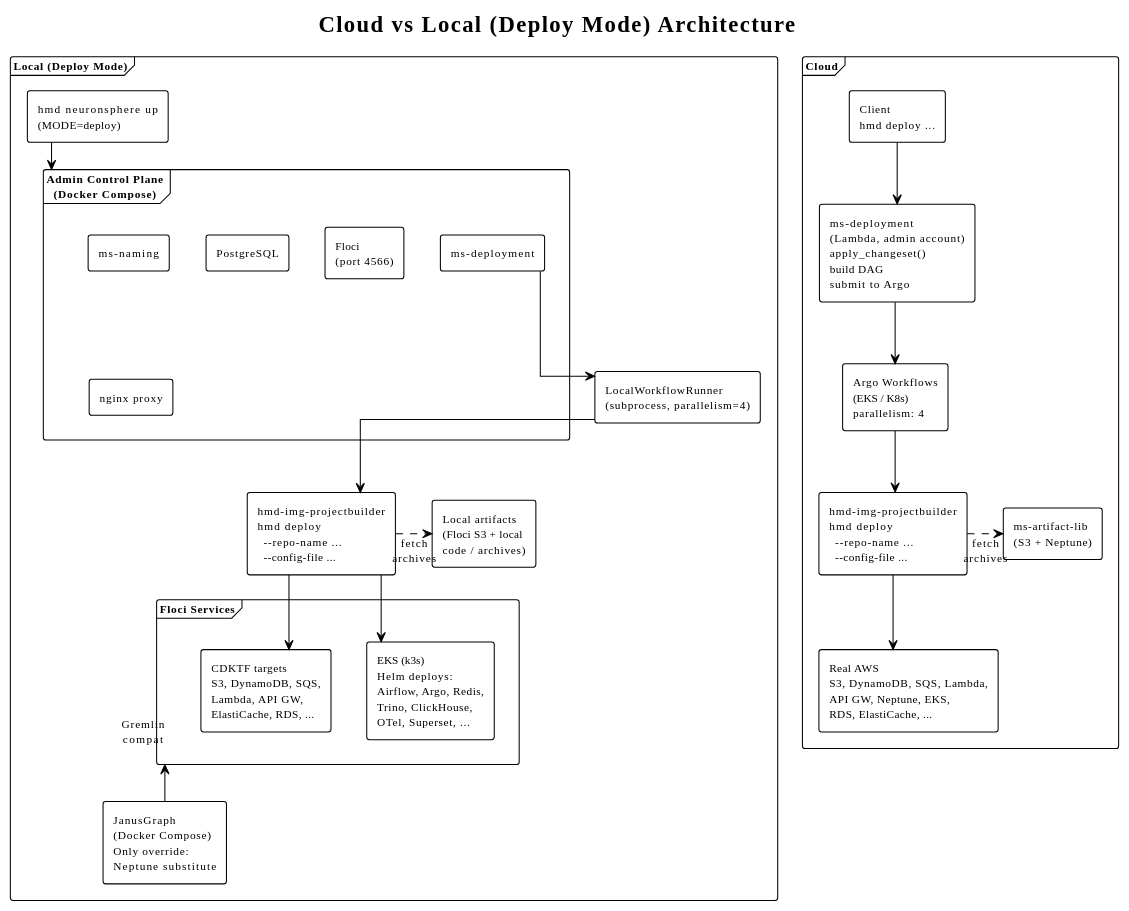
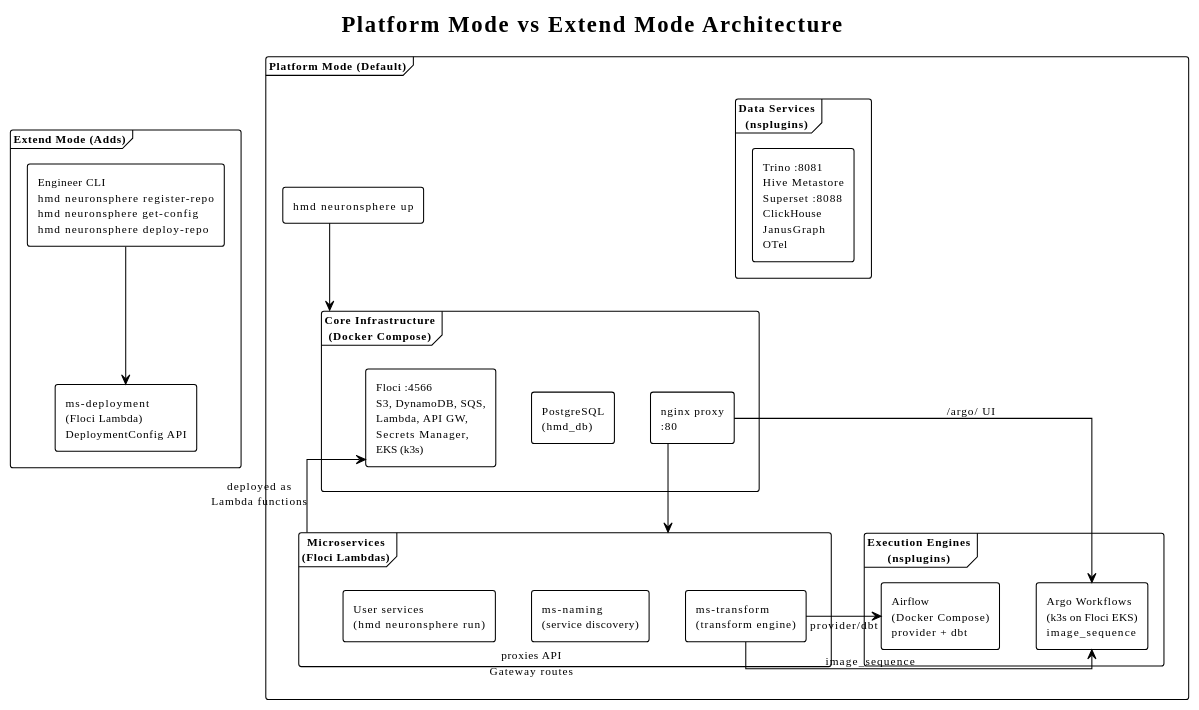
The diagram in docs/proposals/NERD001_Floci_Local_Architecture.rst (NeuronSphere/hmd-cli-neuronsphere), drawn with PlantUML before and after one commit. The commit also changed other lines of this file and 40 other files, not shown here.

First line of the commit message:
feat: Add Argo plugin and extend mode tests

```diff
--- a/docs/proposals/NERD001_Floci_Local_Architecture.rst
+++ b/docs/proposals/NERD001_Floci_Local_Architecture.rst
@@ -129,62 +169,53 @@
 .. uml::
 
     @startuml
     !theme plain
     skinparam componentStyle rectangle
     skinparam defaultFontSize 11
     skinparam packageStyle frame
     skinparam linetype ortho
 
-    title Cloud vs Local (Deploy Mode) Architecture
+    title Platform Mode vs Extend Mode Architecture
 
     together {
-        package "Cloud" as cloud {
-            component "Client\nhmd deploy ..." as cloud_cli
-            component "ms-deployment\n(Lambda, admin account)\napply_changeset()\nbuild DAG\nsubmit to Argo" as cloud_deploy
-            component "Argo Workflows\n(EKS / K8s)\nparallelism: 4" as cloud_argo
-            component "hmd-img-projectbuilder\nhmd deploy\n  --repo-name ...\n  --config-file ..." as cloud_pb
-            component "Real AWS\nS3, DynamoDB, SQS, Lambda,\nAPI GW, Neptune, EKS,\nRDS, ElastiCache, ..." as cloud_aws
-            component "ms-artifact-lib\n(S3 + Neptune)" as cloud_artifacts
+        package "Platform Mode (Default)" as platform {
+            component "hmd neuronsphere up" as cli
 
-            cloud_cli -down-> cloud_deploy
-            cloud_deploy -down-> cloud_argo
-            cloud_argo -down-> cloud_pb
-            cloud_pb -down-> cloud_aws
-            cloud_pb .right.> cloud_artifacts : fetch\narchives
+            package "Core Infrastructure\n(Docker Compose)" as core {
+                component "Floci :4566\nS3, DynamoDB, SQS,\nLambda, API GW,\nSecrets Manager,\nEKS (k3s)" as floci
+                component "PostgreSQL\n(hmd_db)" as pg
+                component "nginx proxy\n:80" as nginx
+            }
+
+            package "Microservices\n(Floci Lambdas)" as lambdas {
+                component "ms-naming\n(service discovery)" as naming
+                component "ms-transform\n(transform engine)" as transform
+                component "User services\n(hmd neuronsphere run)" as user_svc
+            }
+
+            package "Execution Engines\n(nsplugins)" as engines {
+                component "Airflow\n(Docker Compose)\nprovider + dbt" as airflow
+                component "Argo Workflows\n(k3s on Floci EKS)\nimage_sequence" as argo
+            }
+
+            package "Data Services\n(nsplugins)" as data {
+                component "Trino :8081\nHive Metastore\nSuperset :8088\nClickHouse\nJanusGraph\nOTel" as data_svc
+            }
+
+            cli -down-> core
+            lambdas -up-> floci : deployed as\nLambda functions
+            transform -right-> argo : image_sequence
+            transform -right-> airflow : provider/dbt
+            nginx -down-> lambdas : proxies API\nGateway routes
+            nginx -down-> argo : /argo/ UI
         }
 
-        package "Local (Deploy Mode)" as local {
-            component "hmd neuronsphere up\n(MODE=deploy)" as local_cli
+        package "Extend Mode (Adds)" as extend {
+            component "ms-deployment\n(Floci Lambda)\nDeploymentConfig API" as ms_deploy
 
-            package "Admin Control Plane\n(Docker Compose)" as control_plane {
-                component "Floci\n(port 4566)" as floci
-                component "ms-deployment" as local_deploy
-                component "ms-naming" as naming
-                component "PostgreSQL" as pg
-                component "nginx proxy" as nginx
-            }
+            component "Engineer CLI\nhmd neuronsphere register-repo\nhmd neuronsphere get-config\nhmd neuronsphere deploy-repo" as eng_cli
 
-            component "LocalWorkflowRunner\n(subprocess, parallelism=4)" as local_runner
-            component "hmd-img-projectbuilder\nhmd deploy\n  --repo-name ...\n  --config-file ..." as local_pb
-
-            package "Floci Services" as floci_services {
-                component "CDKTF targets\nS3, DynamoDB, SQS,\nLambda, API GW,\nElastiCache, RDS, ..." as floci_aws
-                component "EKS (k3s)\nHelm deploys:\nAirflow, Argo, Redis,\nTrino, ClickHouse,\nOTel, Superset, ..." as floci_eks
-            }
-
-            component "JanusGraph\n(Docker Compose)\nOnly override:\nNeptune substitute" as janusgraph
-
-            component "Local artifacts\n(Floci S3 + local\ncode / archives)" as local_artifacts
-
-            local_cli -down-> control_plane
-            local_deploy -down-> local_runner
-            local_runner -down-> local_pb
-            local_pb -down-> floci_aws
-            local_pb -down-> floci_eks
-            local_pb .right.> local_artifacts : fetch\narchives
-            floci_aws -up[hidden]- floci
-            floci_eks -up[hidden]- floci
-            janusgraph -up-> floci_services : Gremlin\ncompat
+            eng_cli -down-> ms_deploy
         }
     }
     @enduml
```
